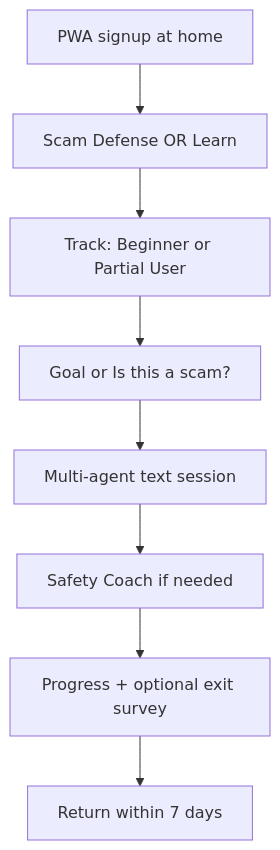
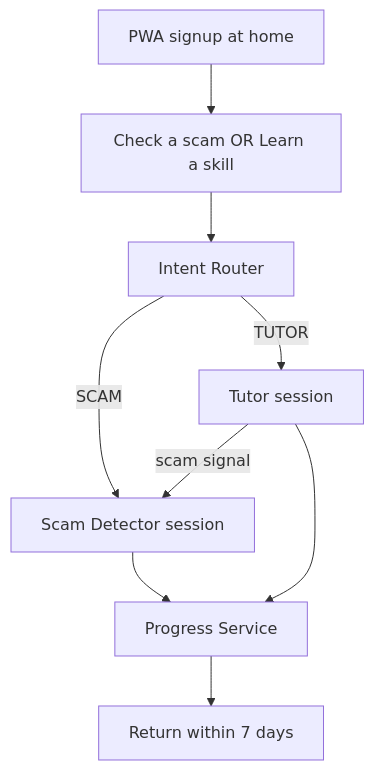
One commit to pixellady/senior-digital-literacy changed the first of 2 diagrams in project-context/1.define/prd.md. Above: the diagram before and after it, drawn with Mermaid. The commit also changed other lines of this file and 14 other files, not shown here.

First line of the commit message:
Simplify MVP architecture to intent router with Tutor or Scam Detector.

````diff
--- a/project-context/1.define/prd.md
+++ b/project-context/1.define/prd.md
@@ -125,10 +125,11 @@
 ```mermaid
 flowchart TD
-    A[PWA signup at home] --> B[Scam Defense OR Learn]
-    B --> C[Track: Beginner or Partial User]
-    C --> D[Goal or Is this a scam?]
-    D --> E[Multi-agent text session]
-    E --> F[Safety Coach if needed]
-    F --> G[Progress + optional exit survey]
-    G --> H[Return within 7 days]
+    A[PWA signup at home] --> B[Check a scam OR Learn a skill]
+    B --> R[Intent Router]
+    R -->|TUTOR| T[Tutor session]
+    R -->|SCAM| S[Scam Detector session]
+    T -->|scam signal| S
+    S --> P[Progress Service]
+    T --> P
+    P --> H[Return within 7 days]
 ```
````
